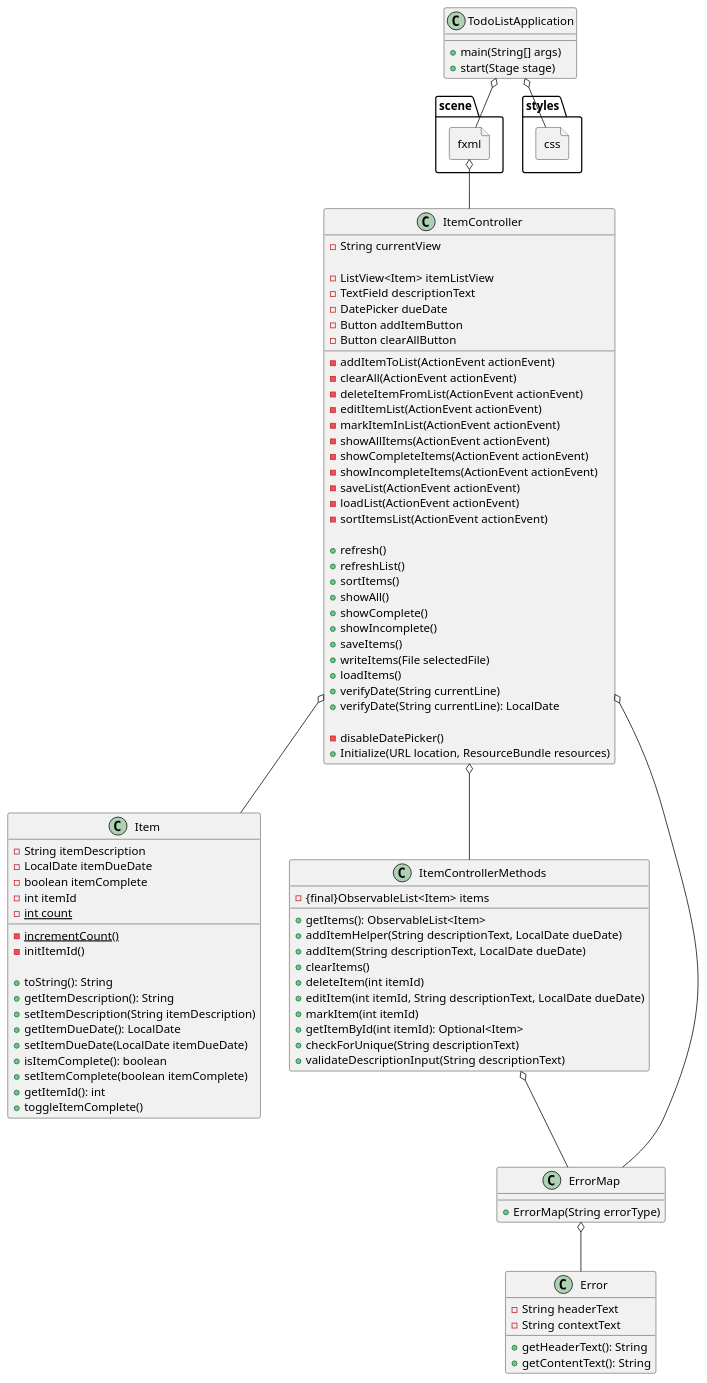
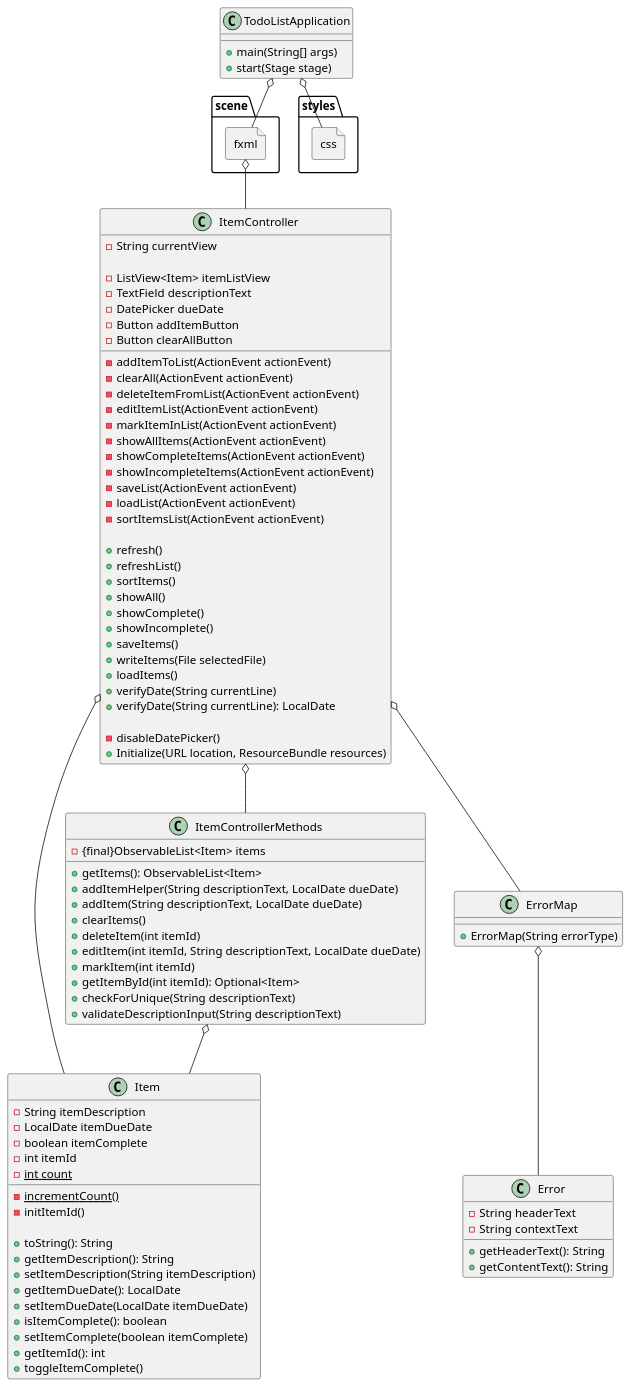
One commit to nader-fares/fares-app1-impl changed the diagram in javafxApp/docs/main.puml. Above: the diagram before and after it, drawn with PlantUML. The commit also changed 17 other files, not shown here.

```diff
--- a/javafxApp/docs/main.puml
+++ b/javafxApp/docs/main.puml
@@ -1,104 +1,104 @@
 @startuml
 'https://plantuml.com/sequence-diagram
 
 class TodoListApplication {
 +main(String[] args)
 +start(Stage stage)
 }
 
 class Item {
 -String itemDescription
 -LocalDate itemDueDate
 -boolean itemComplete
 -int itemId
 -{static}int count
 -{static}incrementCount()
 -initItemId()
 
 +toString(): String
 +getItemDescription(): String
 +setItemDescription(String itemDescription)
 +getItemDueDate(): LocalDate
 +setItemDueDate(LocalDate itemDueDate)
 +isItemComplete(): boolean
 +setItemComplete(boolean itemComplete)
 +getItemId(): int
 +toggleItemComplete()
 }
 
 class ItemControllerMethods {
 -{final}ObservableList<Item> items
 +getItems(): ObservableList<Item>
 +addItemHelper(String descriptionText, LocalDate dueDate)
 +addItem(String descriptionText, LocalDate dueDate)
 +clearItems()
 +deleteItem(int itemId)
 +editItem(int itemId, String descriptionText, LocalDate dueDate)
 +markItem(int itemId)
 +getItemById(int itemId): Optional<Item>
 +checkForUnique(String descriptionText)
 +validateDescriptionInput(String descriptionText)
 }
 
 class ItemController {
 -String currentView
 
 -ListView<Item> itemListView
 -TextField descriptionText
 -DatePicker dueDate
 -Button addItemButton
 -Button clearAllButton
 
 -addItemToList(ActionEvent actionEvent)
 -clearAll(ActionEvent actionEvent)
 -deleteItemFromList(ActionEvent actionEvent)
 -editItemList(ActionEvent actionEvent)
 -markItemInList(ActionEvent actionEvent)
 -showAllItems(ActionEvent actionEvent)
 -showCompleteItems(ActionEvent actionEvent)
 -showIncompleteItems(ActionEvent actionEvent)
 -saveList(ActionEvent actionEvent)
 -loadList(ActionEvent actionEvent)
 -sortItemsList(ActionEvent actionEvent)
 
 +refresh()
 +refreshList()
 +sortItems()
 +showAll()
 +showComplete()
 +showIncomplete()
 +saveItems()
 +writeItems(File selectedFile)
 +loadItems()
 +verifyDate(String currentLine)
 +verifyDate(String currentLine): LocalDate
 
 -disableDatePicker()
 +Initialize(URL location, ResourceBundle resources)
 }
 
 class Error {
 -String headerText
 -String contextText
 +getHeaderText(): String
 +getContentText(): String
 }
 
 class ErrorMap {
 +ErrorMap(String errorType)
 }
 
 file scene.fxml {
 }
 file styles.css {
 }
 scene.fxml o-- ItemController
 TodoListApplication o-- styles.css
 TodoListApplication o-- scene.fxml
 ItemController o-- Item
 ItemController o-- ErrorMap
 ErrorMap o-- Error
 ItemController o-- ItemControllerMethods
-ItemControllerMethods o-- ErrorMap
+ItemControllerMethods o-- Item
 
 @enduml
```
